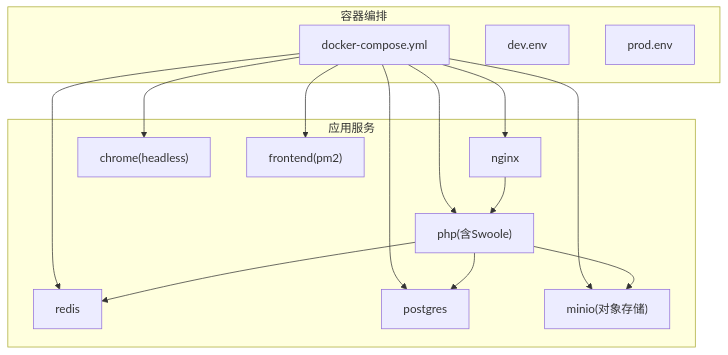
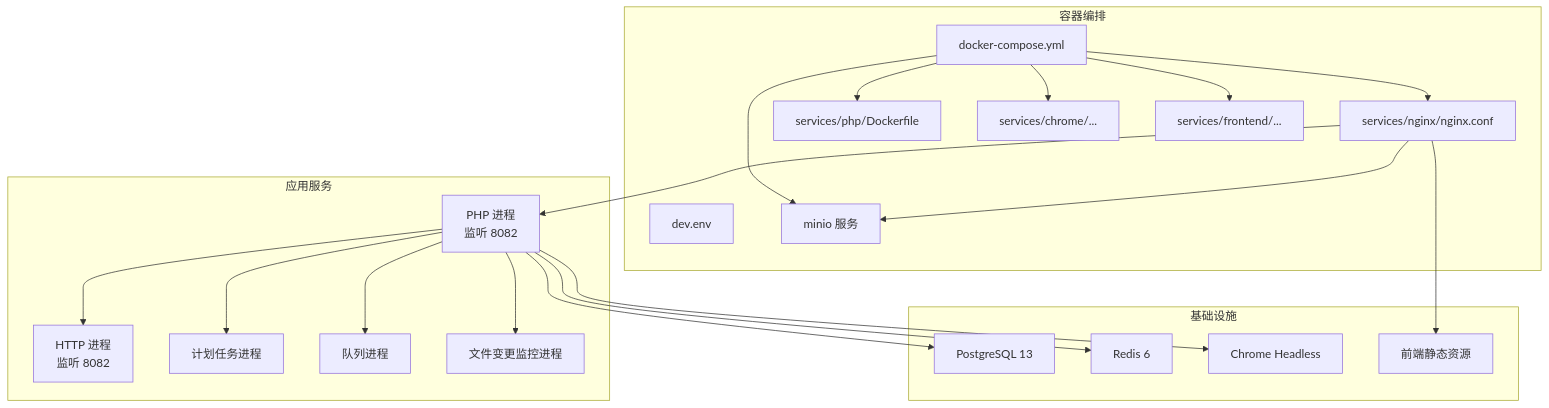
Before and after one commit to sxlianlinbin/process_rules: the first of 3 diagrams in repowiki/zh/content/快速开始.md, drawn with Mermaid. The commit also changed other lines of this file and 207 other files, not shown here.

````diff
--- a/repowiki/zh/content/快速开始.md
+++ b/repowiki/zh/content/快速开始.md
@@ -49,28 +42,40 @@
 ```mermaid
 graph TB
 subgraph "容器编排"
 DC["docker-compose.yml"]
-DEVENV["dev.env"]
-PRODENV["prod.env"]
+ENV["dev.env"]
+NGINX["services/nginx/nginx.conf"]
+PHPIMG["services/php/Dockerfile"]
+CHROME["services/chrome/..."]
+FRONT["services/frontend/..."]
+MINIO["minio 服务"]
 end
 subgraph "应用服务"
-NGINX["nginx"]
-PHP["php(含Swoole)"]
-REDIS["redis"]
-PG["postgres"]
-CHROME["chrome(headless)"]
-FRONT["frontend(pm2)"]
-MINIO["minio(对象存储)"]
+PHP["PHP 进程<br/>监听 8082"]
+HTTP["HTTP 进程<br/>监听 8082"]
+CRON["计划任务进程"]
+QUEUE["队列进程"]
+WATCHER["文件变更监控进程"]
+end
+subgraph "基础设施"
+PG["PostgreSQL 13"]
+REDIS["Redis 6"]
+CH["Chrome Headless"]
+FE["前端静态资源"]
 end
 DC --> NGINX
-DC --> PHP
-DC --> REDIS
-DC --> PG
+DC --> PHPIMG
 DC --> CHROME
 DC --> FRONT
 DC --> MINIO
 NGINX --> PHP
+NGINX --> FE
+NGINX --> MINIO
+PHP --> PG
 PHP --> REDIS
-PHP --> PG
-PHP --> MINIO
+PHP --> CH
+PHP --> HTTP
+PHP --> CRON
+PHP --> QUEUE
+PHP --> WATCHER
 ```
````
